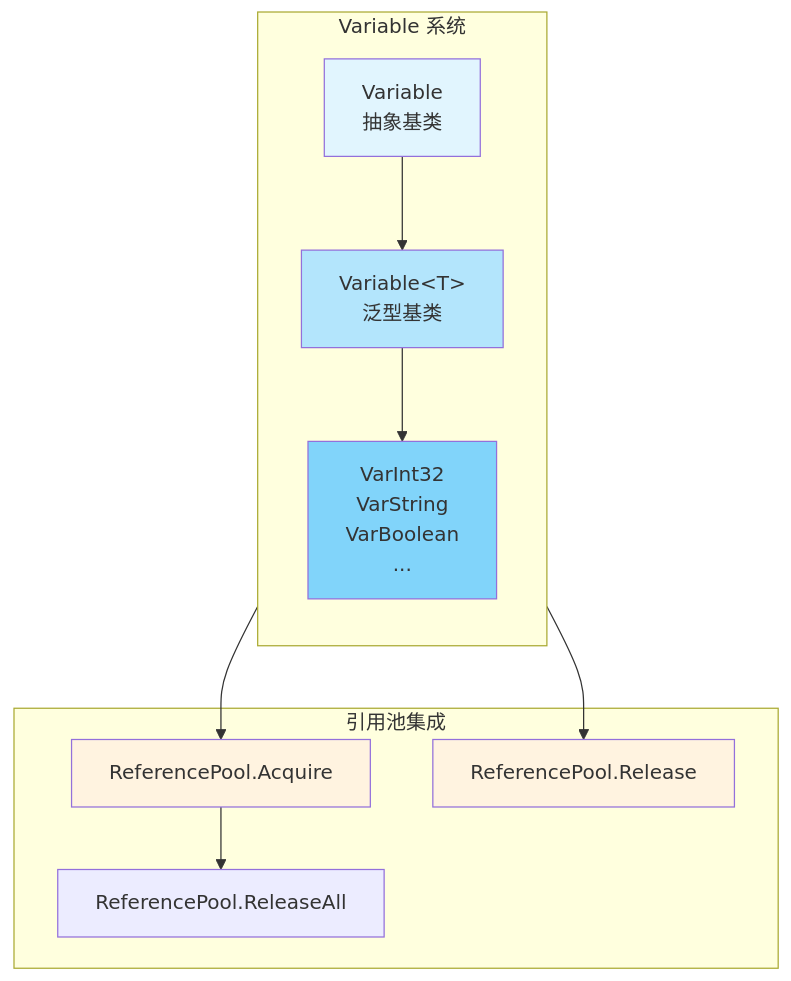
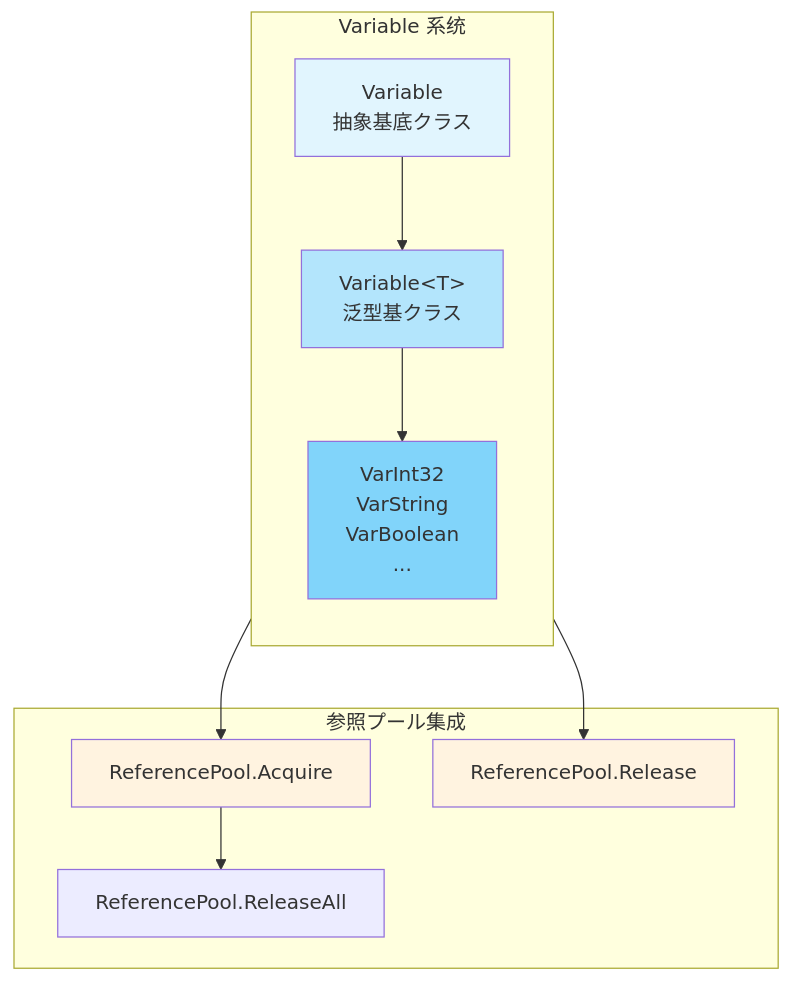
One commit to AlianBlank/GameFrameX.Docs changed the third of 5 diagrams in docs/ja/client/unity/component/core/10.property-system.md. Above: the diagram before and after it, drawn with Mermaid. The commit also changed other lines of this file and 603 other files, not shown here.

````diff
--- a/docs/ja/client/unity/component/core/10.property-system.md
+++ b/docs/ja/client/unity/component/core/10.property-system.md
@@ -242,29 +242,29 @@
 ```mermaid
 flowchart TD
     subgraph VariableSystem["Variable 系统"]
         direction TB
         
-        V1[Variable<br/>抽象基类]
-        V2[Variable&lt;T&gt;<br/>泛型基类]
+        V1[Variable<br/>抽象基底クラス]
+        V2[Variable&lt;T&gt;<br/>泛型基クラス]
         V3[VarInt32<br/>VarString<br/>VarBoolean<br/>...]
         
         V1 --> V2
         V2 --> V3
     end
     
-    subgraph PoolIntegration["引用池集成"]
+    subgraph PoolIntegration["参照プール集成"]
         P1[ReferencePool.Acquire]
         P2[ReferencePool.Release]
         P3[ReferencePool.ReleaseAll]
     end
     
     V3 --> P1
     V3 --> P2
     P1 --> P3
     
     style V1 fill:#e1f5fe
     style V2 fill:#b3e5fc
     style V3 fill:#81d4fa
     style P1 fill:#fff3e0
     style P2 fill:#fff3e0
 ```
````
